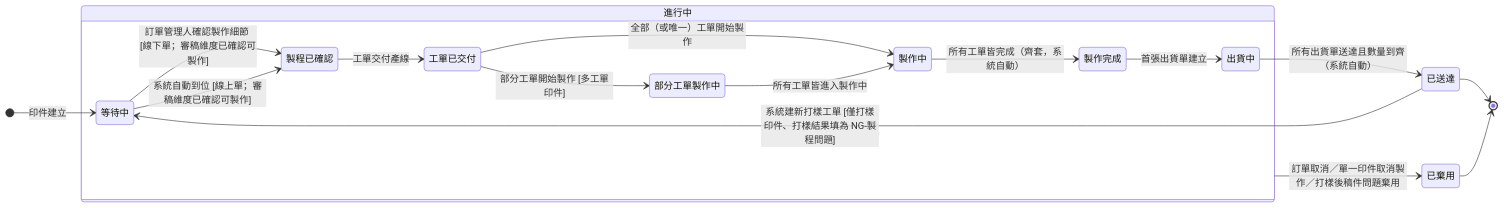
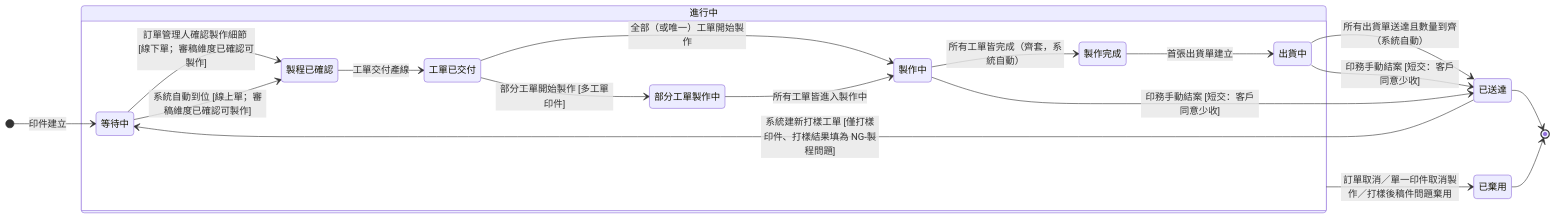
Before and after one commit to Kawato-Miles/erp-spec: the second of 2 diagrams in memory/Sens_wiki/wiki/erp/06-state-machines/印件狀態.md, drawn with Mermaid. The commit also changed other lines of this file and 13 other files, not shown here.

````diff
--- a/memory/Sens_wiki/wiki/erp/06-state-machines/印件狀態.md
+++ b/memory/Sens_wiki/wiki/erp/06-state-machines/印件狀態.md
@@ -99,36 +99,38 @@
 ```mermaid
 stateDiagram-v2
     direction LR
 
     [*] --> p_waiting : 印件建立
 
     state "進行中" as Active {
         direction LR
         state "等待中" as p_waiting
         state "製程已確認" as p_confirmed
         state "工單已交付" as p_delivered
         state "部分工單製作中" as p_partial
         state "製作中" as p_making
         state "製作完成" as p_done
         state "出貨中" as p_shipping
 
         p_waiting --> p_confirmed : 訂單管理人確認製作細節 [線下單；審稿維度已確認可製作]
         p_waiting --> p_confirmed : 系統自動到位 [線上單；審稿維度已確認可製作]
         p_confirmed --> p_delivered : 工單交付產線
         p_delivered --> p_partial : 部分工單開始製作 [多工單印件]
         p_delivered --> p_making : 全部（或唯一）工單開始製作
         p_partial --> p_making : 所有工單皆進入製作中
         p_making --> p_done : 所有工單皆完成（齊套，系統自動）
         p_done --> p_shipping : 首張出貨單建立
     }
 
     state "已送達" as p_arrived
     state "已棄用" as p_discarded
 
     p_shipping --> p_arrived : 所有出貨單送達且數量到齊（系統自動）
+    p_shipping --> p_arrived : 印務手動結案 [短交：客戶同意少收]
+    p_making --> p_arrived : 印務手動結案 [短交：客戶同意少收]
     p_arrived --> p_waiting : 系統建新打樣工單 [僅打樣印件、打樣結果填為 NG-製程問題]
     Active --> p_discarded : 訂單取消／單一印件取消製作／打樣後稿件問題棄用
 
     p_arrived --> [*]
     p_discarded --> [*]
 ```
````
